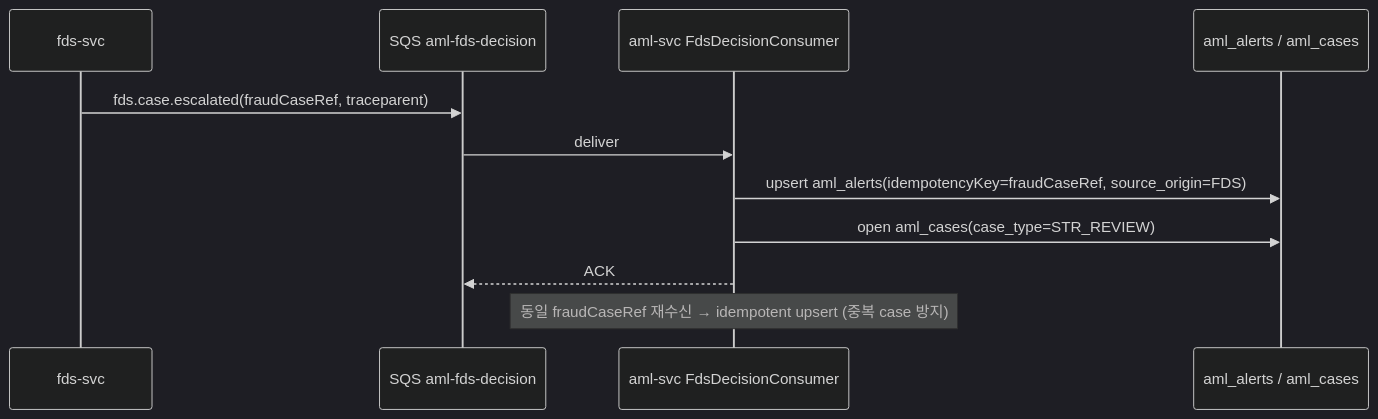
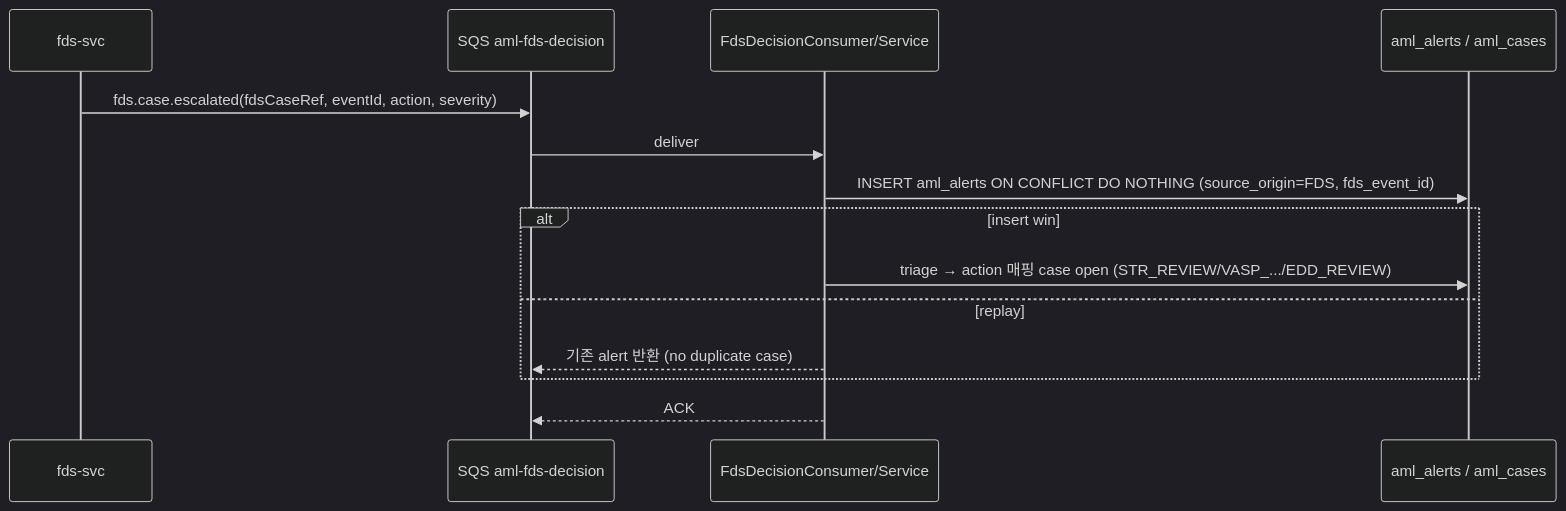
Before and after one commit to smkim89/aml-system-docs: the fourth of 8 diagrams in docs/design/integration/02-aml-integration.md, drawn with Mermaid (dark theme). The commit also changed other lines of this file and 11 other files, not shown here.

````diff
--- a/docs/design/integration/02-aml-integration.md
+++ b/docs/design/integration/02-aml-integration.md
@@ -330,13 +299,16 @@
 ```mermaid
 sequenceDiagram
     participant FDS as fds-svc
     participant Q as SQS aml-fds-decision
-    participant C as aml-svc FdsDecisionConsumer
+    participant C as FdsDecisionConsumer/Service
     participant DB as aml_alerts / aml_cases
-    FDS->>Q: fds.case.escalated(fraudCaseRef, traceparent)
+    FDS->>Q: fds.case.escalated(fdsCaseRef, eventId, action, severity)
     Q->>C: deliver
-    C->>DB: upsert aml_alerts(idempotencyKey=fraudCaseRef, source_origin=FDS)
-    C->>DB: open aml_cases(case_type=STR_REVIEW)
+    C->>DB: INSERT aml_alerts ON CONFLICT DO NOTHING (source_origin=FDS, fds_event_id)
+    alt insert win
+        C->>DB: triage → action 매핑 case open (STR_REVIEW/VASP_.../EDD_REVIEW)
+    else replay
+        C-->>Q: 기존 alert 반환 (no duplicate case)
+    end
     C-->>Q: ACK
-    Note over C: 동일 fraudCaseRef 재수신 → idempotent upsert (중복 case 방지)
 ```
````
